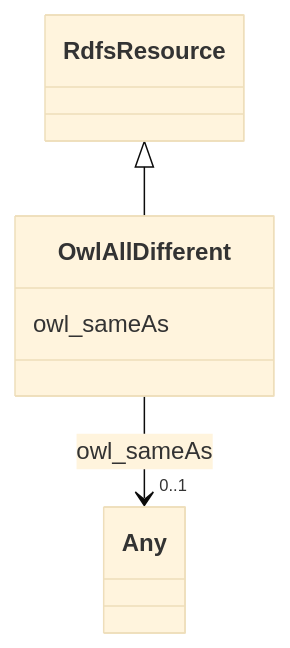
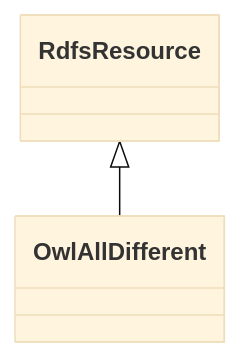
Before and after one commit to frink-okn/graph-descriptions: the diagram in fio-kg/classes/OwlAllDifferent.md, drawn with Mermaid (base theme). The commit also changed other lines of this file and 447 other files, not shown here.

````diff
--- a/fio-kg/classes/OwlAllDifferent.md
+++ b/fio-kg/classes/OwlAllDifferent.md
@@ -23,18 +21,9 @@
 ```mermaid
  classDiagram
     class OwlAllDifferent
     click OwlAllDifferent href "../OwlAllDifferent"
       RdfsResource <|-- OwlAllDifferent
         click RdfsResource href "../RdfsResource"
       
-      OwlAllDifferent : owl_sameAs
-        
-          
-    
-    
-    OwlAllDifferent --> "0..1" Any : owl_sameAs
-    click Any href "../Any"
-
-        
       
 ```
````
